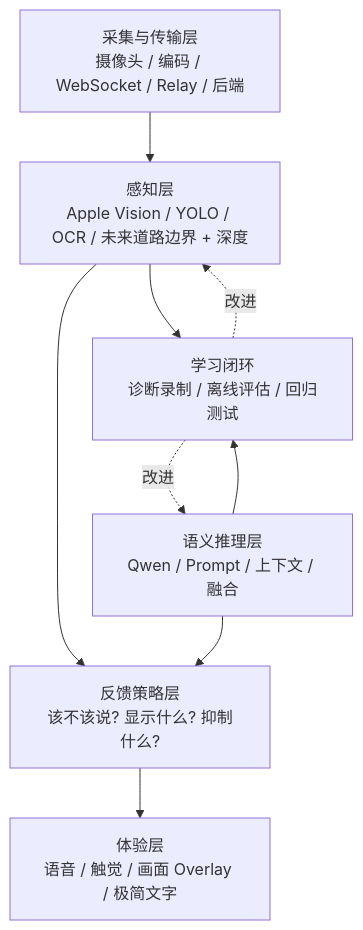
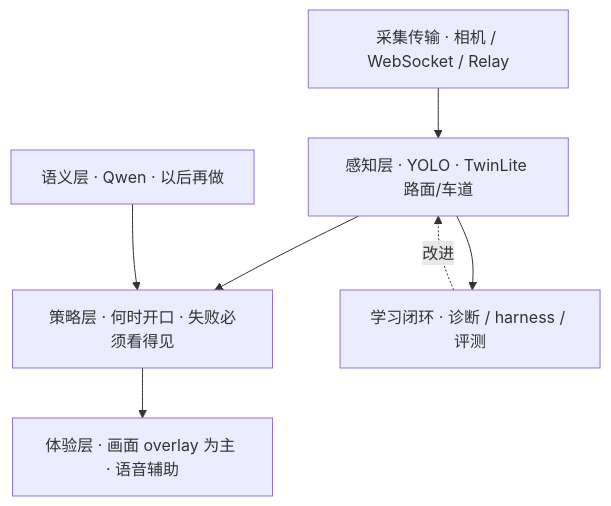
One commit to ynshi57/onepiece changed the diagram in docs/architecture/design-pack/02-layered-architecture.md. Above: the diagram before and after it, drawn with Mermaid. The commit also changed other lines of this file and 60 other files, not shown here.

````diff
--- a/docs/architecture/design-pack/02-layered-architecture.md
+++ b/docs/architecture/design-pack/02-layered-architecture.md
@@ -7,18 +5,14 @@
 ```mermaid
 flowchart TB
-    L5[体验层\n语音 / 触觉 / 画面 Overlay / 极简文字]
-    L4[反馈策略层\n该不该说? 显示什么? 抑制什么?]
-    L3[感知层\nApple Vision / YOLO / OCR / 未来道路边界 + 深度]
-    L2[语义推理层\nQwen / Prompt / 上下文 / 融合]
-    L1[采集与传输层\n摄像头 / 编码 / WebSocket / Relay / 后端]
-    L0[学习闭环\n诊断录制 / 离线评估 / 回归测试]
+    L5[体验层 · 画面 overlay 为主 · 语音辅助]
+    L4[策略层 · 何时开口 · 失败必须看得见]
+    L3[感知层 · YOLO · TwinLite 路面/车道]
+    L2[语义层 · Qwen · 以后再做]
+    L1[采集传输 · 相机 / WebSocket / Relay]
+    L0[学习闭环 · 诊断 / harness / 评测]
 
-    L1 --> L3
-    L3 --> L4
+    L1 --> L3 --> L4 --> L5
     L2 --> L4
-    L4 --> L5
     L3 --> L0
-    L2 --> L0
     L0 -. 改进 .-> L3
-    L0 -. 改进 .-> L2
 ```
````
